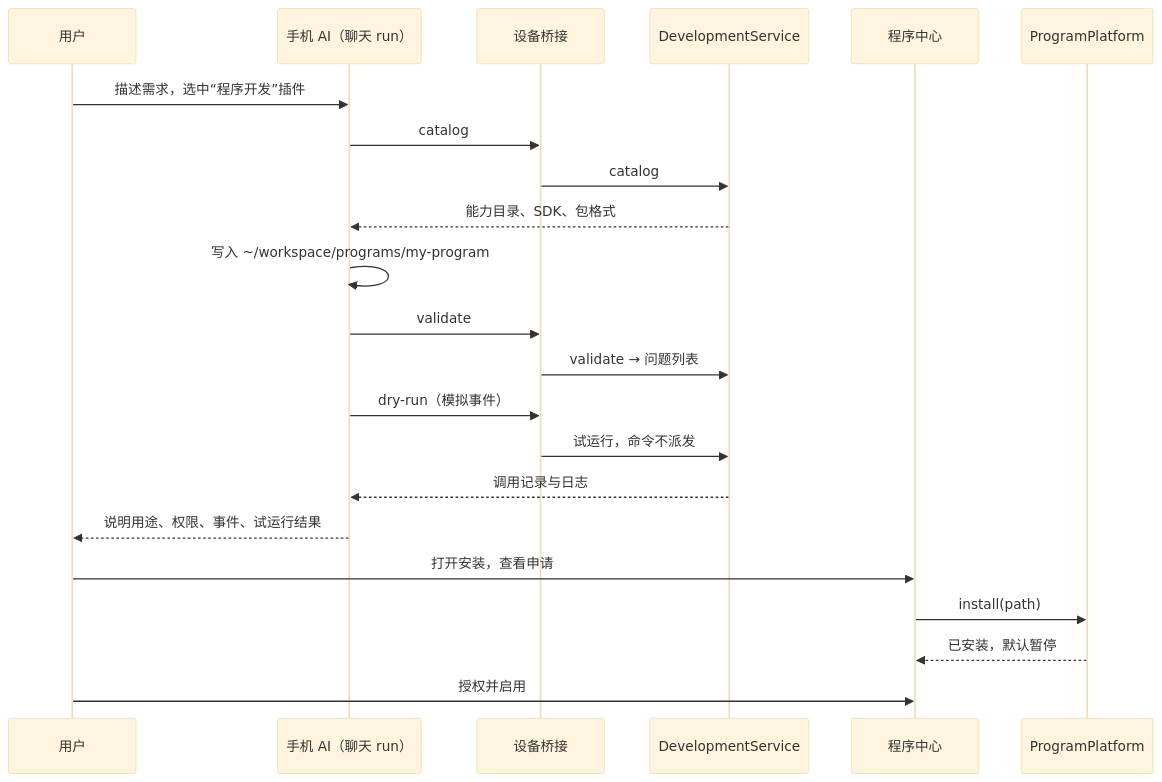
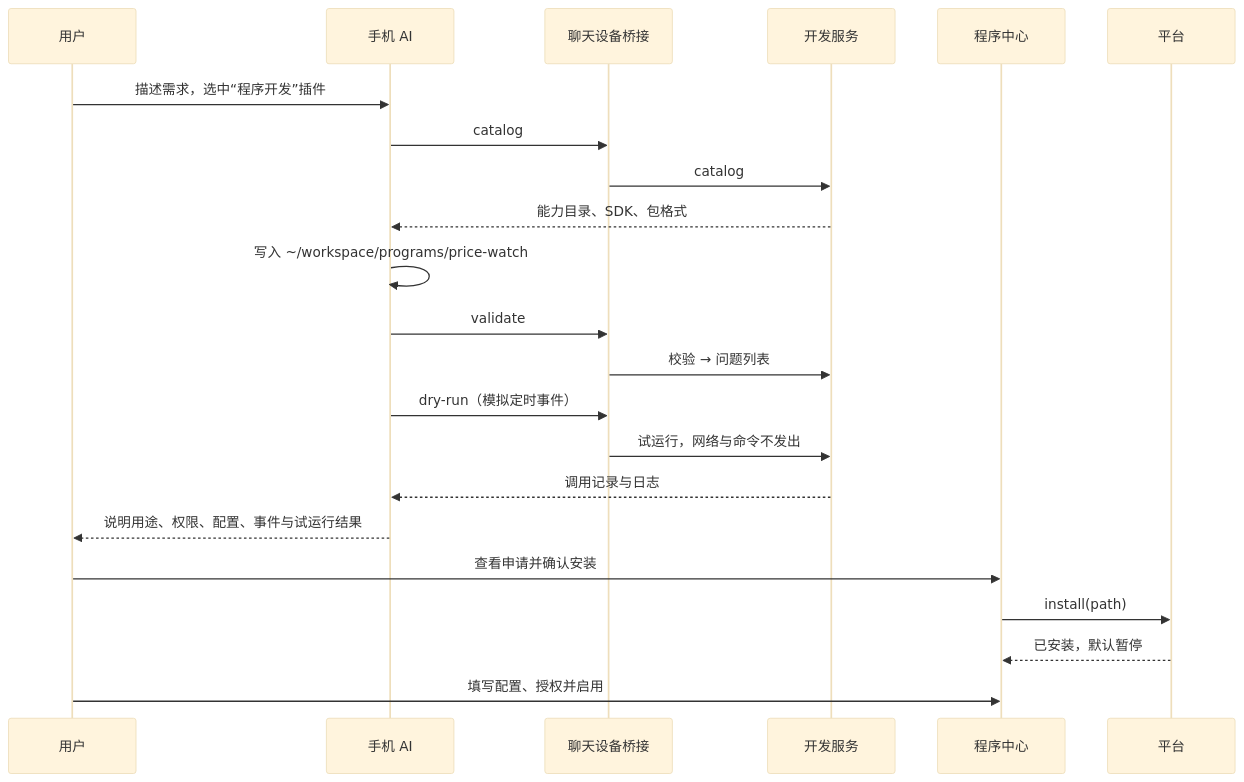
One commit to ytlog/mobby changed the third of 4 diagrams in docs/design/program-platform-architecture.md. Above: the diagram before and after it, drawn with Mermaid (base theme). The commit also changed other lines of this file and 2 other files, not shown here.

First line of the commit message:
docs: consolidate program platform proposal and rewrite architecture

````diff
--- a/docs/design/program-platform-architecture.md
+++ b/docs/design/program-platform-architecture.md
@@ -529,24 +531,24 @@
 ```mermaid
 sequenceDiagram
     participant U as 用户
-    participant A as 手机 AI（聊天 run）
-    participant B as 设备桥接
-    participant D as DevelopmentService
+    participant A as 手机 AI
+    participant B as 聊天设备桥接
+    participant D as 开发服务
     participant C as 程序中心
-    participant P as ProgramPlatform
+    participant P as 平台
     U->>A: 描述需求，选中“程序开发”插件
     A->>B: catalog
     B->>D: catalog
     D-->>A: 能力目录、SDK、包格式
-    A->>A: 写入 ~/workspace/programs/my-program
+    A->>A: 写入 ~/workspace/programs/price-watch
     A->>B: validate
-    B->>D: validate → 问题列表
-    A->>B: dry-run（模拟事件）
-    B->>D: 试运行，命令不派发
+    B->>D: 校验 → 问题列表
+    A->>B: dry-run（模拟定时事件）
+    B->>D: 试运行，网络与命令不发出
     D-->>A: 调用记录与日志
-    A-->>U: 说明用途、权限、事件、试运行结果
-    U->>C: 打开安装，查看申请
+    A-->>U: 说明用途、权限、配置、事件与试运行结果
+    U->>C: 查看申请并确认安装
     C->>P: install(path)
     P-->>C: 已安装，默认暂停
-    U->>C: 授权并启用
+    U->>C: 填写配置、授权并启用
 ```
````
